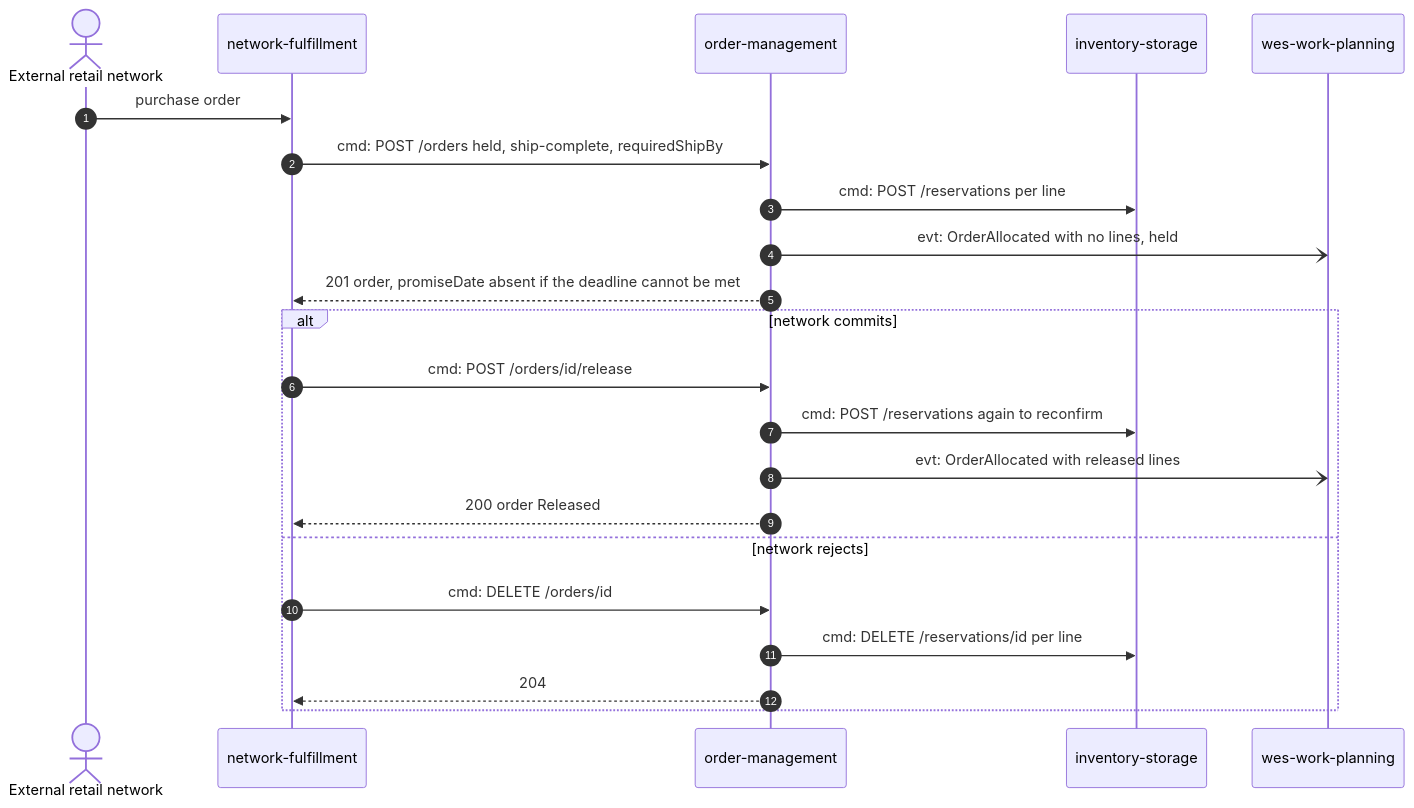
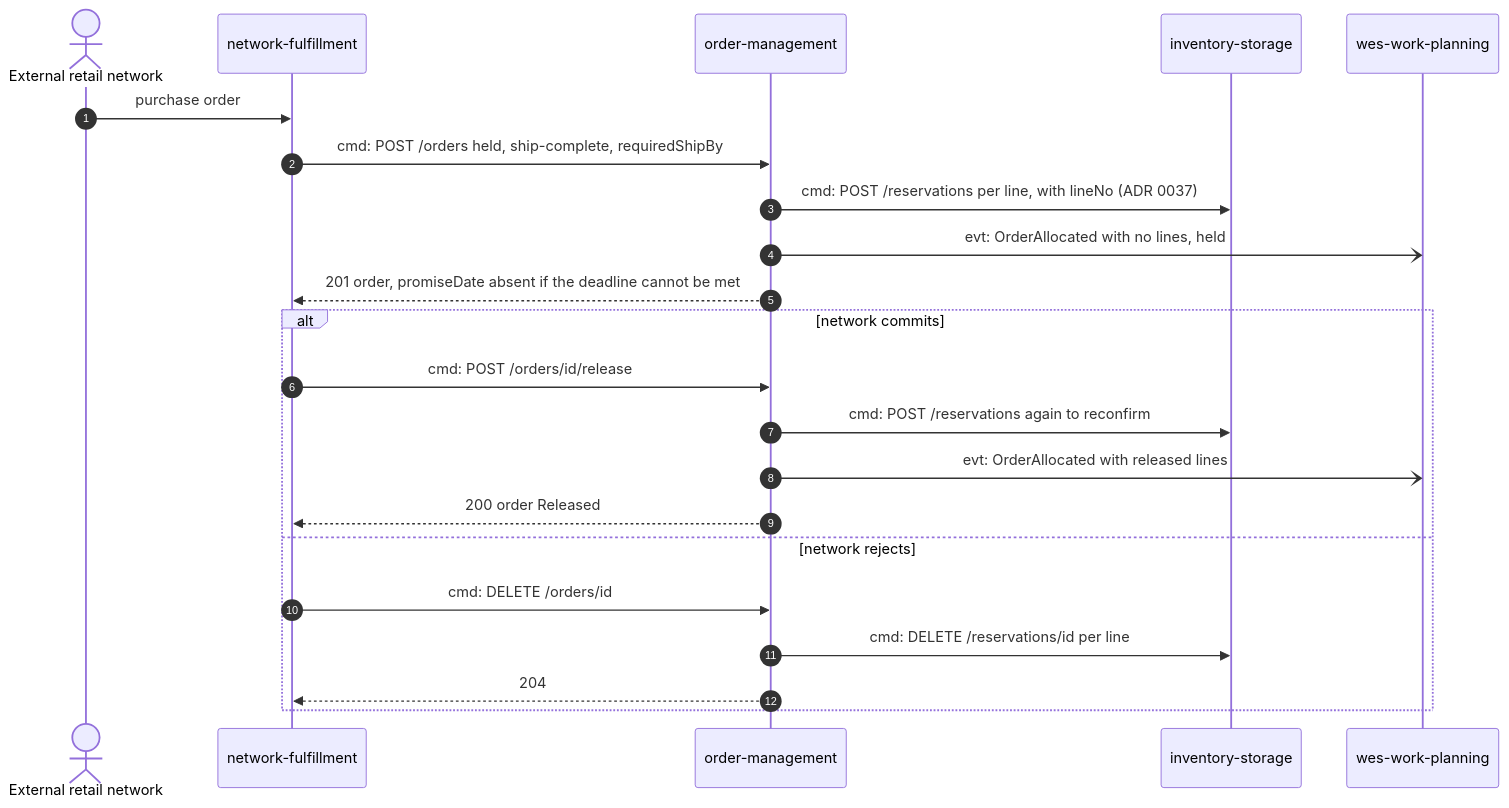
The second of 4 diagrams in docs/contexts/order-management/domain-message-flow.md (IQVO/warehouse-docs), drawn with Mermaid before and after one commit. The commit also changed other lines of this file and 119 other files, not shown here.

````diff
--- a/docs/contexts/order-management/domain-message-flow.md
+++ b/docs/contexts/order-management/domain-message-flow.md
@@ -59,25 +60,25 @@
 ```mermaid
 sequenceDiagram
   autonumber
   actor Net as External retail network
   participant NF as network-fulfillment
   participant OM as order-management
   participant INV as inventory-storage
   participant WP as wes-work-planning
 
   Net->>NF: purchase order
   NF->>OM: cmd: POST /orders held, ship-complete, requiredShipBy
-  OM->>INV: cmd: POST /reservations per line
+  OM->>INV: cmd: POST /reservations per line, with lineNo (ADR 0037)
   OM-)WP: evt: OrderAllocated with no lines, held
   OM-->>NF: 201 order, promiseDate absent if the deadline cannot be met
   alt network commits
     NF->>OM: cmd: POST /orders/id/release
     OM->>INV: cmd: POST /reservations again to reconfirm
     OM-)WP: evt: OrderAllocated with released lines
     OM-->>NF: 200 order Released
   else network rejects
     NF->>OM: cmd: DELETE /orders/id
     OM->>INV: cmd: DELETE /reservations/id per line
     OM-->>NF: 204
   end
 ```
````
